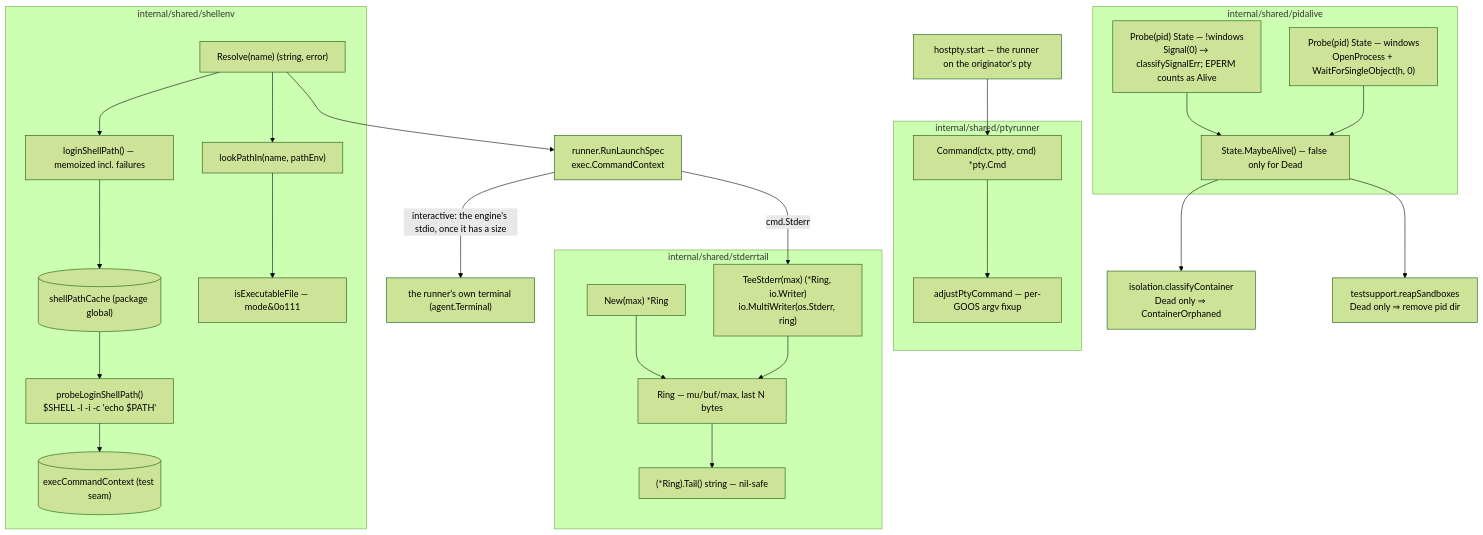
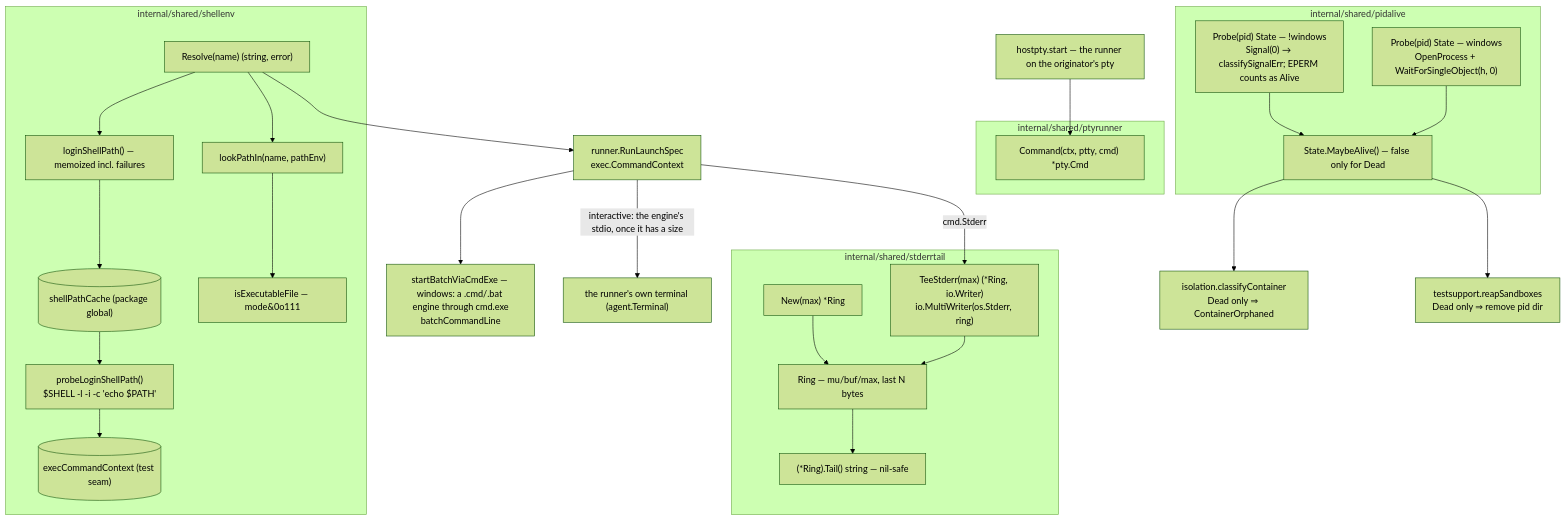
One commit to ctxloom/ctxloom changed the diagram in docs/architecture/shared/process-execution.md. Above: the diagram before and after it, drawn with Mermaid (forest theme). The commit also changed other lines of this file and 10 other files, not shown here.

````diff
--- a/docs/architecture/shared/process-execution.md
+++ b/docs/architecture/shared/process-execution.md
@@ -7,50 +7,50 @@
 ```mermaid
 flowchart TD
   LAUNCH["runner.RunLaunchSpec<br/>exec.CommandContext"]
+  BAT["startBatchViaCmdExe — windows: a .cmd/.bat engine through cmd.exe<br/>batchCommandLine"]
+  LAUNCH --> BAT
 
   subgraph se["internal/shared/shellenv"]
     R["Resolve(name) (string, error)"]
     LSP["loginShellPath() — memoized incl. failures"]
     PLSP["probeLoginShellPath()<br/>$SHELL -l -i -c 'echo $PATH'"]
     LPI["lookPathIn(name, pathEnv)"]
     IEF["isExecutableFile — mode&0o111"]
     CACHE[("shellPathCache (package global)")]
     SEAM[("execCommandContext (test seam)")]
     R --> LSP --> CACHE
     CACHE --> PLSP --> SEAM
     R --> LPI --> IEF
   end
 
   subgraph pr["internal/shared/ptyrunner"]
     CMD["Command(ctx, ptty, cmd) *pty.Cmd"]
-    APC["adjustPtyCommand — per-GOOS argv fixup"]
-    CMD --> APC
   end
   HP["hostpty.start — the runner on the originator's pty"] --> CMD
   TERM["the runner's own terminal (agent.Terminal)"]
 
   subgraph st["internal/shared/stderrtail"]
     RING["Ring — mu/buf/max, last N bytes"]
     NEWR["New(max) *Ring"]
     TEE["TeeStderr(max) (*Ring, io.Writer)<br/>io.MultiWriter(os.Stderr, ring)"]
     TAIL["(*Ring).Tail() string — nil-safe"]
     NEWR --> RING
     TEE --> RING
     RING --> TAIL
   end
 
   subgraph pa["internal/shared/pidalive"]
     PU["Probe(pid) State — !windows<br/>Signal(0) → classifySignalErr; EPERM counts as Alive"]
     PW["Probe(pid) State — windows<br/>OpenProcess + WaitForSingleObject(h, 0)"]
     MA["State.MaybeAlive() — false only for Dead"]
     PU --> MA
     PW --> MA
   end
 
   R --> LAUNCH
   LAUNCH -->|"interactive: the engine's stdio, once it has a size"| TERM
   LAUNCH -->|"cmd.Stderr"| TEE
   MA --> CREAP["isolation.classifyContainer<br/>Dead only ⇒ ContainerOrphaned"]
   MA --> SBX["testsupport.reapSandboxes<br/>Dead only ⇒ remove pid dir"]
 
 ```
````
